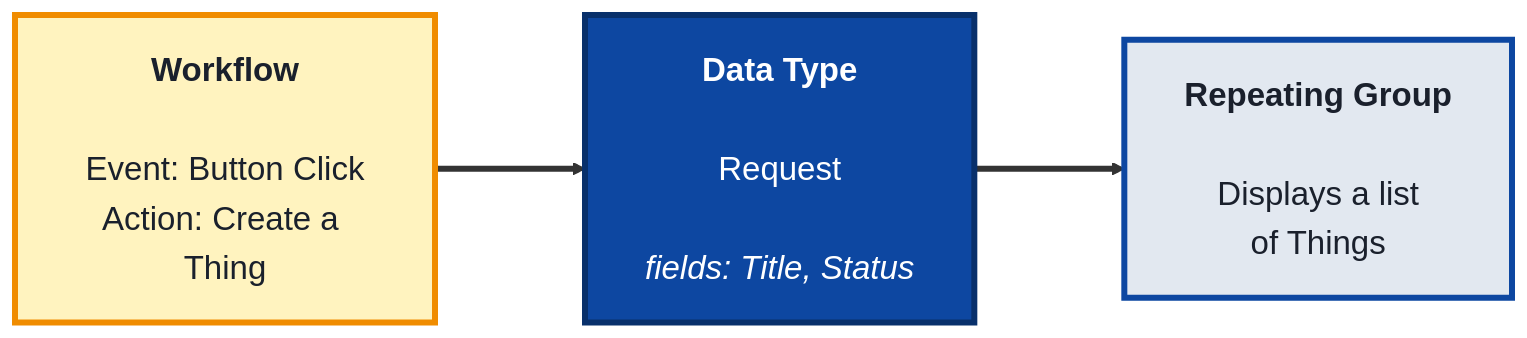
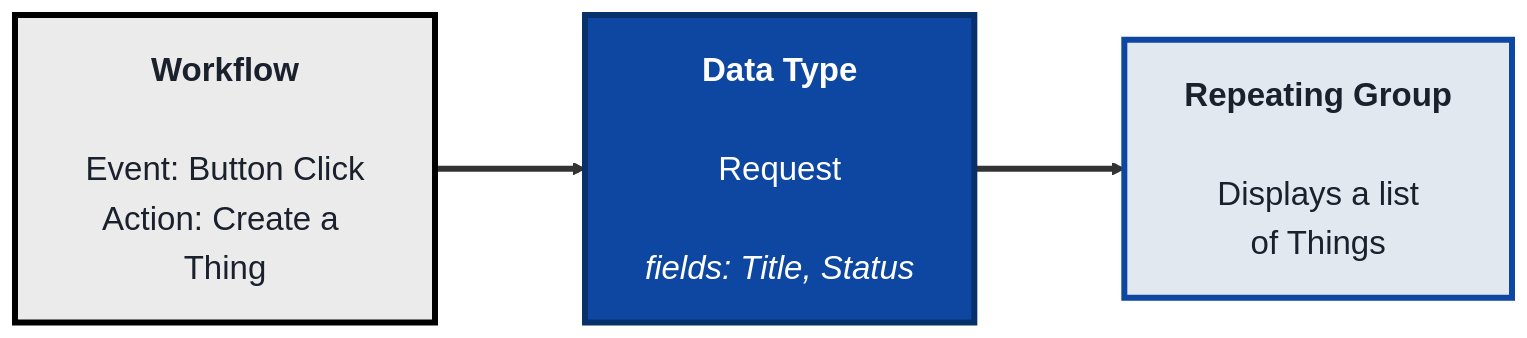
One commit to SHEMODELTECH/shemodeltech changed the third of 4 diagrams in src/Pages/courses/TechArchs/internal-apps-beginner-course.md. Above: the diagram before and after it, drawn with Mermaid. The commit also changed other lines of this file and 46 other files, not shown here.

````diff
--- a/src/Pages/courses/TechArchs/internal-apps-beginner-course.md
+++ b/src/Pages/courses/TechArchs/internal-apps-beginner-course.md
@@ -143,15 +143,15 @@
 ```mermaid
 %%{init: {'theme':'base', 'themeVariables': {'fontSize':'22px', 'primaryTextColor':'#1a202c', 'primaryBorderColor':'#0d47a1', 'lineColor':'#333333'}, 'flowchart': {'nodeSpacing': 70, 'rankSpacing': 100, 'padding': 20}}}%%
 flowchart LR
     DT["<b>Data Type</b><br/><br/>Request<br/><br/><i>fields: Title, Status</i>"]
     RG["<b>Repeating Group</b><br/><br/>Displays a list<br/>of Things"]
     WF["<b>Workflow</b><br/><br/>Event: Button Click<br/>Action: Create a Thing"]
 
     DT ==> RG
     WF ==> DT
 
     style DT fill:#0d47a1,color:#fff,stroke:#08306b,stroke-width:4px
     style RG fill:#e2e8f0,color:#1a202c,stroke:#0d47a1,stroke-width:4px
-    style WF fill:#fff3bf,color:#1a202c,stroke:#f08c00,stroke-width:4px
+    style WF fill:#EBEBEB,color:#1a202c,stroke:#000000,stroke-width:4px
     linkStyle default stroke-width:4px,stroke:#333333
 ```
````
